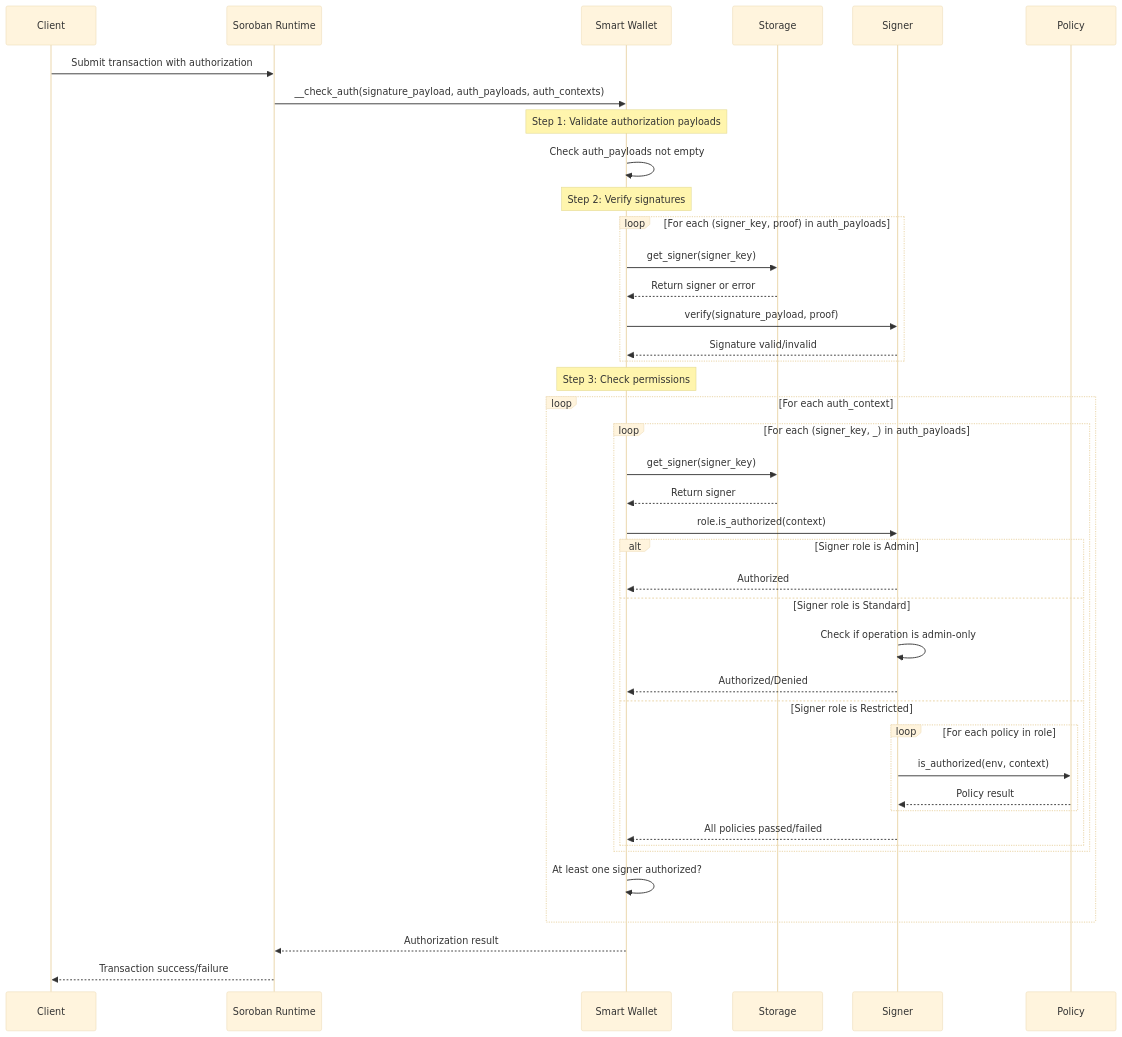
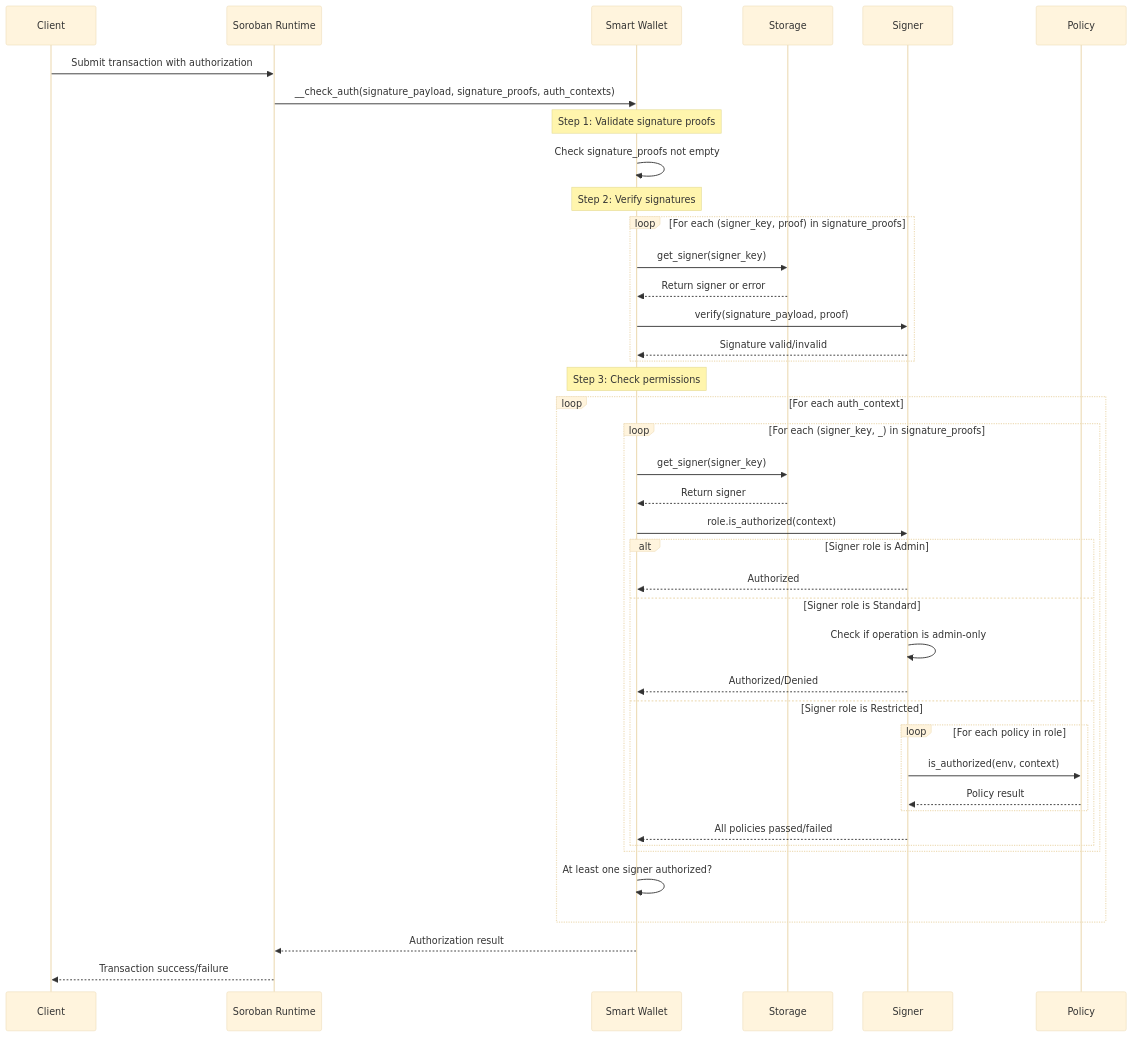
The fourth of 4 diagrams in contracts/smart-wallet/README.md (Crossmint/stellar-smart-account), drawn with Mermaid (base theme) before and after one commit. The commit also changed other lines of this file, not shown here.

````diff
--- a/contracts/smart-wallet/README.md
+++ b/contracts/smart-wallet/README.md
@@ -260,49 +260,49 @@
 ```mermaid
 sequenceDiagram
     participant Client
     participant SorobanRuntime as Soroban Runtime
     participant SmartWallet as Smart Wallet
     participant Storage
     participant Signer
     participant Policy
     
     Client->>SorobanRuntime: Submit transaction with authorization
-    SorobanRuntime->>SmartWallet: __check_auth(signature_payload, auth_payloads, auth_contexts)
+    SorobanRuntime->>SmartWallet: __check_auth(signature_payload, signature_proofs, auth_contexts)
     
-    Note over SmartWallet: Step 1: Validate authorization payloads
-    SmartWallet->>SmartWallet: Check auth_payloads not empty
+    Note over SmartWallet: Step 1: Validate signature proofs
+    SmartWallet->>SmartWallet: Check signature_proofs not empty
     
     Note over SmartWallet: Step 2: Verify signatures
-    loop For each (signer_key, proof) in auth_payloads
+    loop For each (signer_key, proof) in signature_proofs
         SmartWallet->>Storage: get_signer(signer_key)
         Storage-->>SmartWallet: Return signer or error
         SmartWallet->>Signer: verify(signature_payload, proof)
         Signer-->>SmartWallet: Signature valid/invalid
     end
     
     Note over SmartWallet: Step 3: Check permissions
     loop For each auth_context
-        loop For each (signer_key, _) in auth_payloads
+        loop For each (signer_key, _) in signature_proofs
             SmartWallet->>Storage: get_signer(signer_key)
             Storage-->>SmartWallet: Return signer
             SmartWallet->>Signer: role.is_authorized(context)
             
             alt Signer role is Admin
                 Signer-->>SmartWallet: Authorized
             else Signer role is Standard
                 Signer->>Signer: Check if operation is admin-only
                 Signer-->>SmartWallet: Authorized/Denied
             else Signer role is Restricted
                 loop For each policy in role
                     Signer->>Policy: is_authorized(env, context)
                     Policy-->>Signer: Policy result
                 end
                 Signer-->>SmartWallet: All policies passed/failed
             end
         end
         SmartWallet->>SmartWallet: At least one signer authorized?
     end
     
     SmartWallet-->>SorobanRuntime: Authorization result
     SorobanRuntime-->>Client: Transaction success/failure
 ```
````
